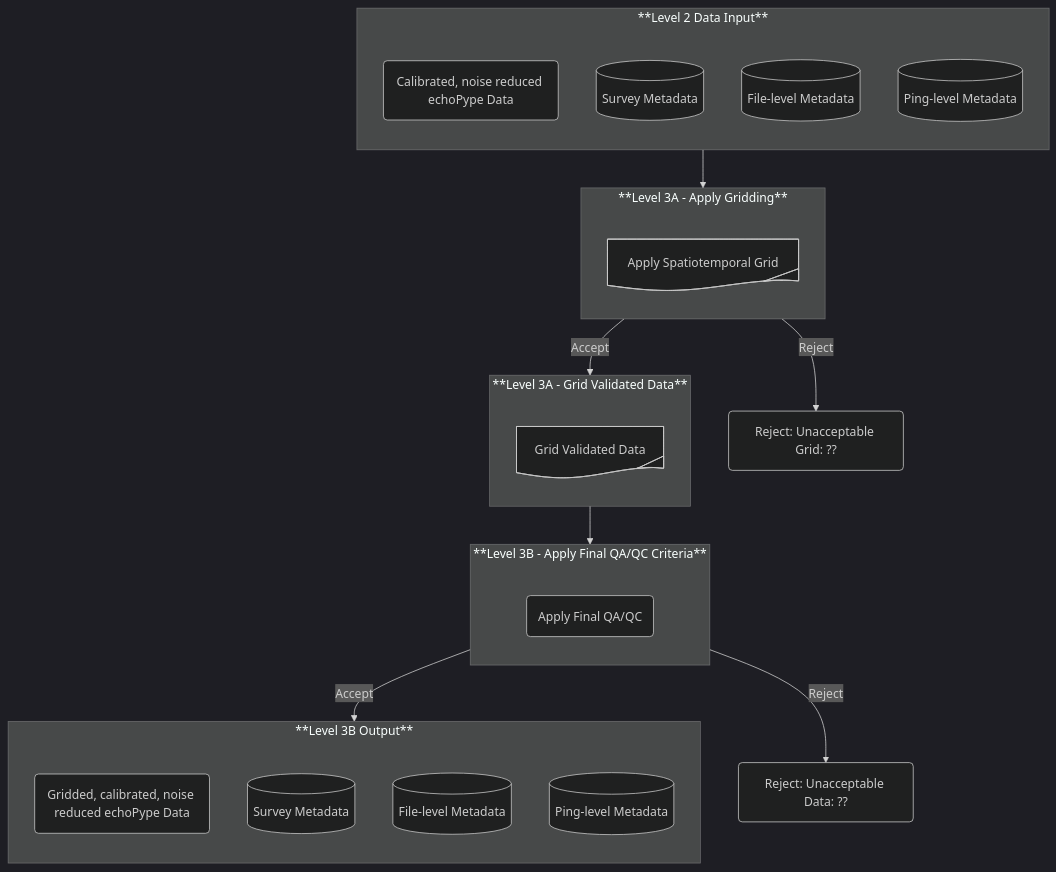
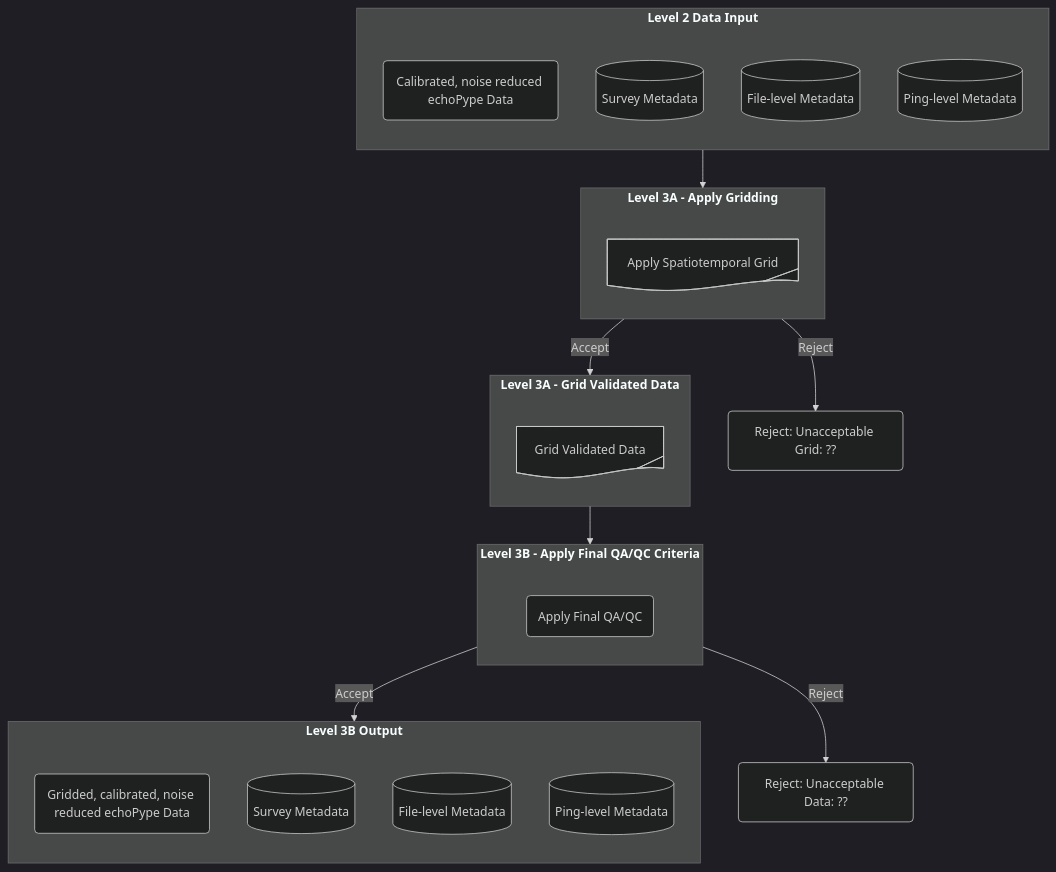
The fifth of 6 diagrams in README.md (nmfs-ost/AA-SI_DataRoadMap), drawn with Mermaid (dark theme) before and after one commit. The commit also changed other lines of this file, not shown here.

````diff
--- a/README.md
+++ b/README.md
@@ -239,42 +239,42 @@
 ```mermaid
 ---
 config:
     flowchart:
         subGraphTitleMargin:
             "bottom": 30
 ---
 flowchart TB
-    subgraph SG_L3_InputData["**Level 2 Data Input**"]
+    subgraph SG_L3_InputData["<b>Level 2 Data Input</b>"]
         direction TB
         node_L3_RD@{ shape: rounded, label: "Calibrated, noise reduced echoPype Data" }
         node_L3_SMD@{ shape: database, label: "Survey Metadata" }
         node_L3_FMD@{ shape: database, label: "File-level Metadata" }
         node_L3_PMD@{ shape: database, label: "Ping-level Metadata" }
     end
-    subgraph SG_L3A_Grid["**Level 3A - Apply Gridding**"]
+    subgraph SG_L3A_Grid["<b>Level 3A - Apply Gridding</b>"]
         direction TB
         node_L3A_Grid@{ shape: tag-doc, label: "Apply Spatiotemporal Grid" }
     end
-    subgraph SG_L3A_ValData["**Level 3A - Grid Validated Data**"]
+    subgraph SG_L3A_ValData["<b>Level 3A - Grid Validated Data</b>"]
         direction TB
         node_L3A_ValData@{ shape: tag-doc, label: "Grid Validated Data" }
     end
-    subgraph SG_L3B_QAQC["**Level 3B - Apply Final QA/QC Criteria**"]
+    subgraph SG_L3B_QAQC["<b>Level 3B - Apply Final QA/QC Criteria</b>"]
         direction TB
         node_L3B_QAQC@{ shape: rounded, label: "Apply Final QA/QC" }
     end
-    subgraph SG_L3B_Output["**Level 3B Output**"]
+    subgraph SG_L3B_Output["<b>Level 3B Output</b>"]
         direction TB
         node_L3B_RD@{ shape: rounded, label: "Gridded, calibrated, noise reduced echoPype Data" }
         node_L3B_SMD@{ shape: database, label: "Survey Metadata" }
         node_L3B_FMD@{ shape: database, label: "File-level Metadata" }
         node_L3B_PMD@{ shape: database, label: "Ping-level Metadata" }
     end
 SG_L3_InputData --> SG_L3A_Grid
 SG_L3A_Grid --> |Accept| SG_L3A_ValData
 SG_L3A_Grid --> |Reject| node_Reject_L3A@{ shape: rounded, label: "Reject: Unacceptable Grid: ??" }
 SG_L3A_ValData --> SG_L3B_QAQC
 SG_L3B_QAQC --> |Accept| SG_L3B_Output
 SG_L3B_QAQC --> |Reject| node_Reject_L3B@{ shape: rounded, label: "Reject: Unacceptable Data: ??" }
 
 ```
````
